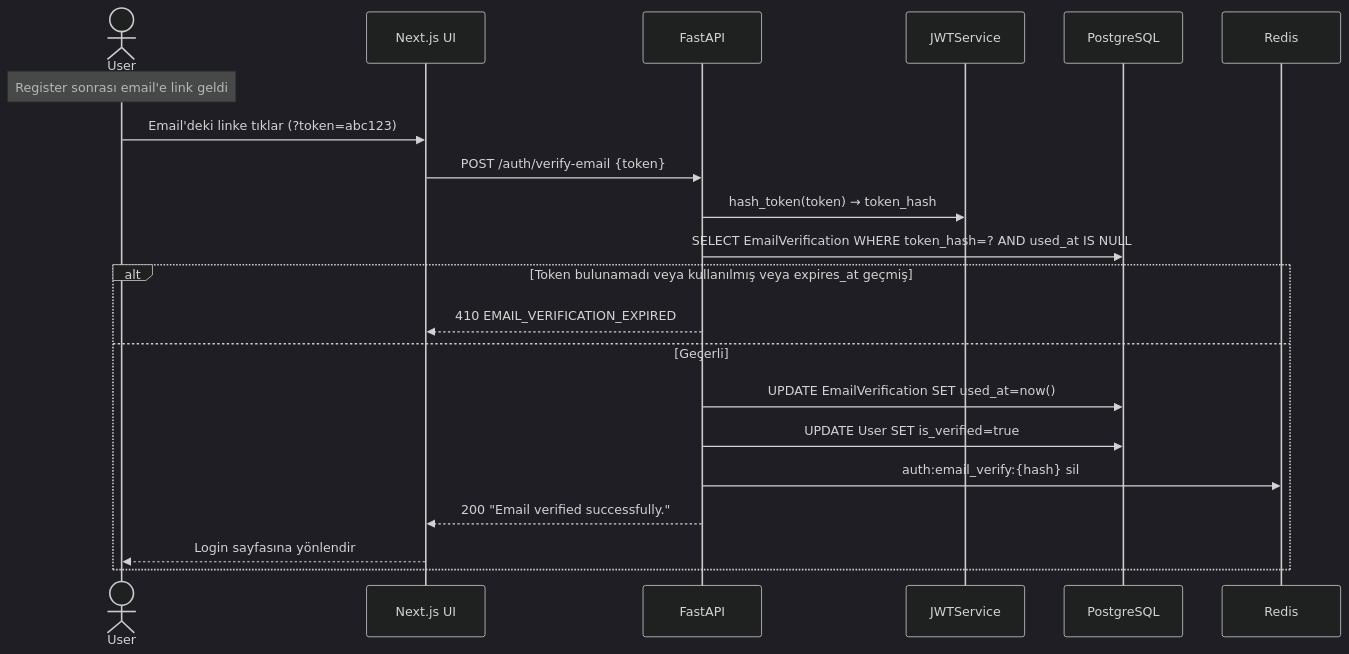
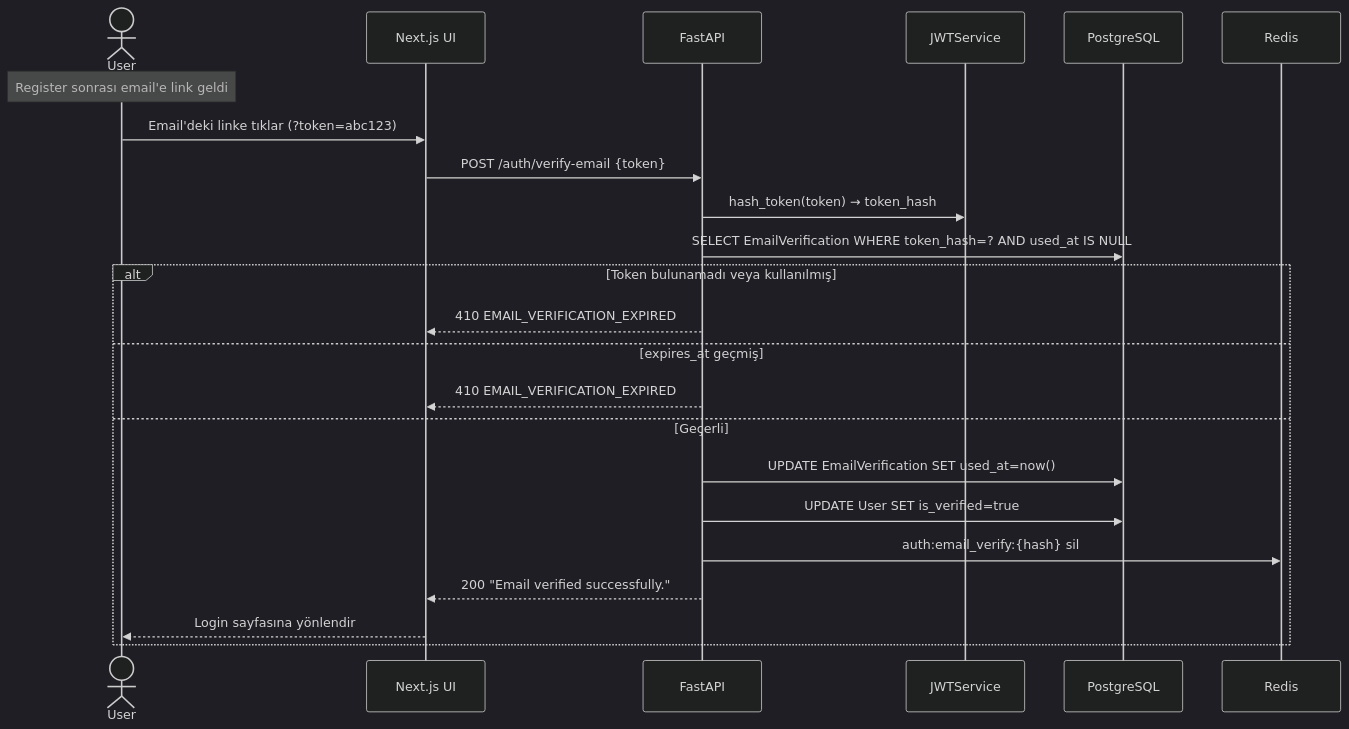
Before and after one commit to kutluhaan/AI-Agent-Observatory-House: the fourth of 6 diagrams in docs/diagrams/mermaid-codes/M4-diagrams.md, drawn with Mermaid (dark theme). The commit also changed other lines of this file, not shown here.

Commit message:
Refactor M4 diagrams and update authentication flow documentation. Simplify token handling responses and clarify organization member checks in the GET /auth/me flow. Enhance sequence diagrams for better understanding of authentication processes.

````diff
--- a/docs/diagrams/mermaid-codes/M4-diagrams.md
+++ b/docs/diagrams/mermaid-codes/M4-diagrams.md
@@ -112,24 +103,26 @@
 ```mermaid
 sequenceDiagram
     actor User
     participant UI as Next.js UI
     participant API as FastAPI
     participant JWT as JWTService
     participant DB as PostgreSQL
     participant Redis
 
     Note over User: Register sonrası email'e link geldi
     User->>UI: Email'deki linke tıklar (?token=abc123)
     UI->>API: POST /auth/verify-email {token}
     API->>JWT: hash_token(token) → token_hash
     API->>DB: SELECT EmailVerification WHERE token_hash=? AND used_at IS NULL
-    alt Token bulunamadı veya kullanılmış veya expires_at geçmiş
+    alt Token bulunamadı veya kullanılmış
+        API-->>UI: 410 EMAIL_VERIFICATION_EXPIRED
+    else expires_at geçmiş
         API-->>UI: 410 EMAIL_VERIFICATION_EXPIRED
     else Geçerli
         API->>DB: UPDATE EmailVerification SET used_at=now()
         API->>DB: UPDATE User SET is_verified=true
         API->>Redis: auth:email_verify:{hash} sil
         API-->>UI: 200 "Email verified successfully."
         UI-->>User: Login sayfasına yönlendir
     end
 ```
````
